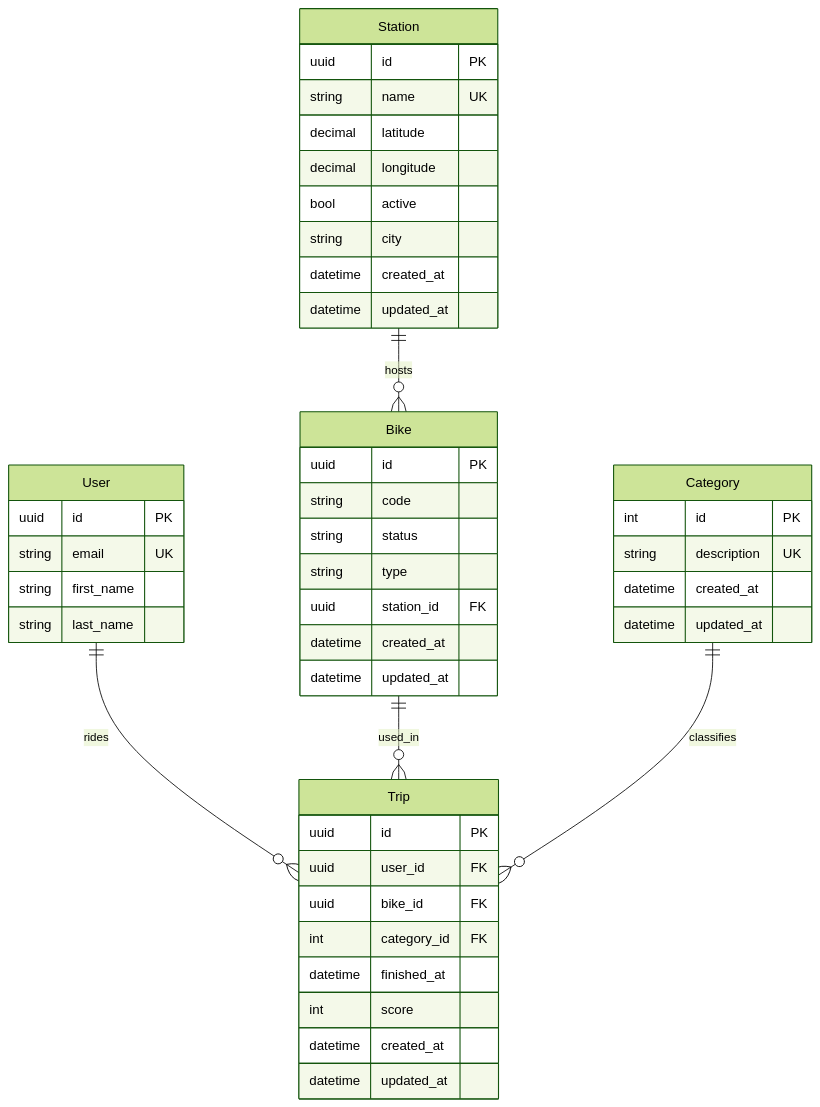
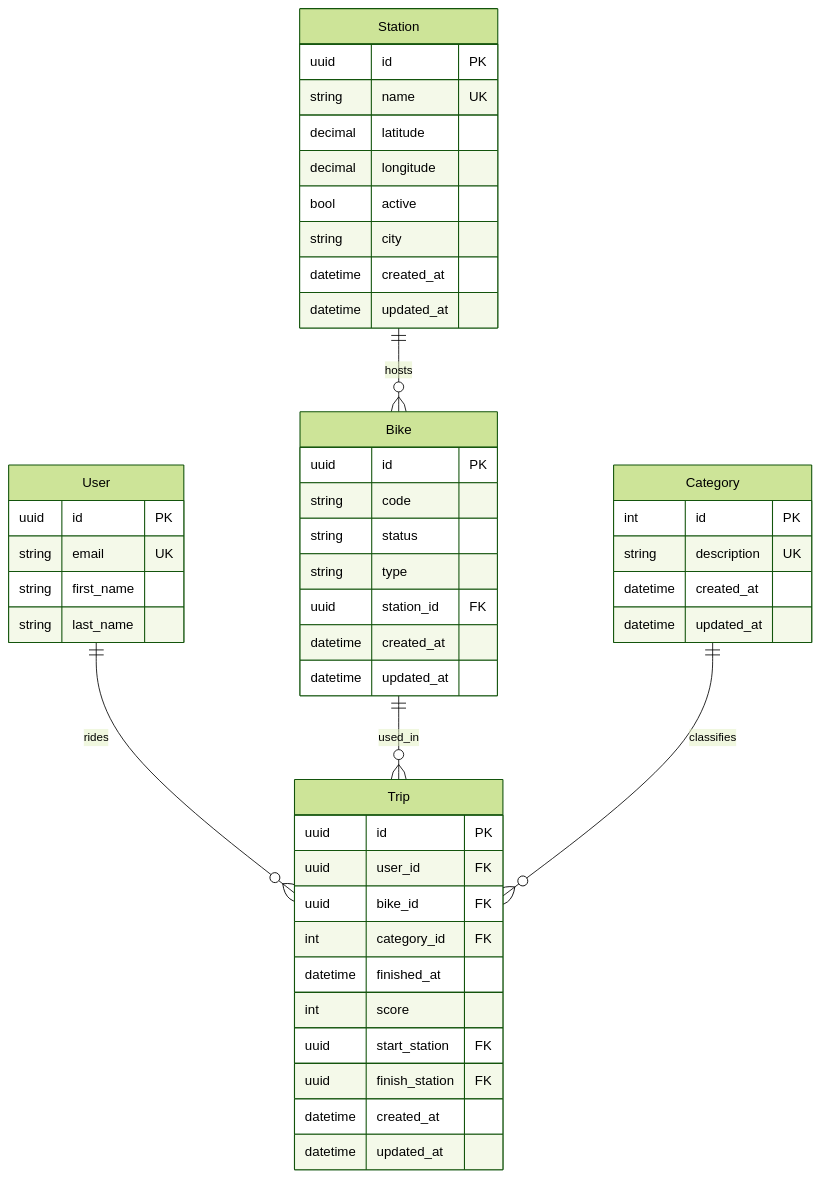
Before and after one commit to gabrielspires/bike-sharing-platform: the second of 2 diagrams in README.md, drawn with Mermaid (forest theme). The commit also changed other lines of this file, not shown here.

````diff
--- a/README.md
+++ b/README.md
@@ -161,49 +161,51 @@
 ```mermaid
 erDiagram
   User ||--o{ Trip : rides
   Bike ||--o{ Trip : used_in
   Station ||--o{ Bike : hosts
   Category ||--o{ Trip : classifies
 
   User {
     uuid id PK
     string email UK
     string first_name
     string last_name
   }
   Station {
     uuid id PK
     string name UK
     decimal latitude
     decimal longitude
     bool active
     string city
     datetime created_at
     datetime updated_at
   }
   Bike {
     uuid id PK
     string code
     string status
     string type
     uuid station_id FK
     datetime created_at
     datetime updated_at
   }
   Category {
     int id PK
     string description UK
     datetime created_at
     datetime updated_at
   }
   Trip {
     uuid id PK
     uuid user_id FK
     uuid bike_id FK
     int category_id FK
     datetime finished_at
     int score
+    uuid start_station FK
+    uuid finish_station FK
     datetime created_at
     datetime updated_at
   }
 ```
````
